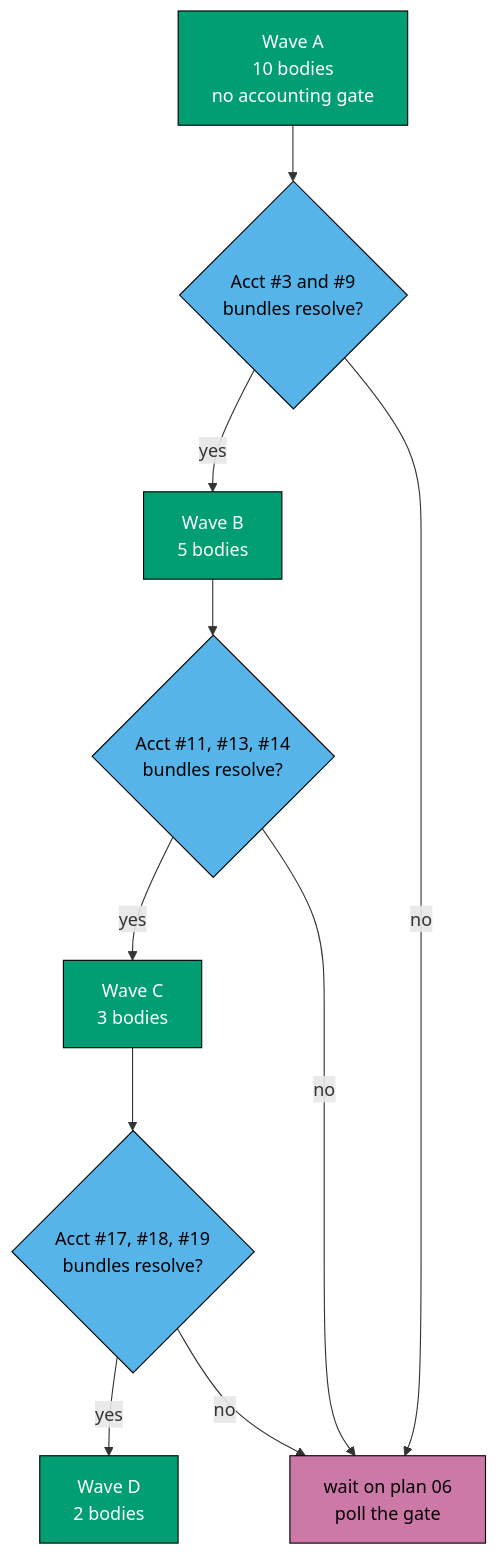
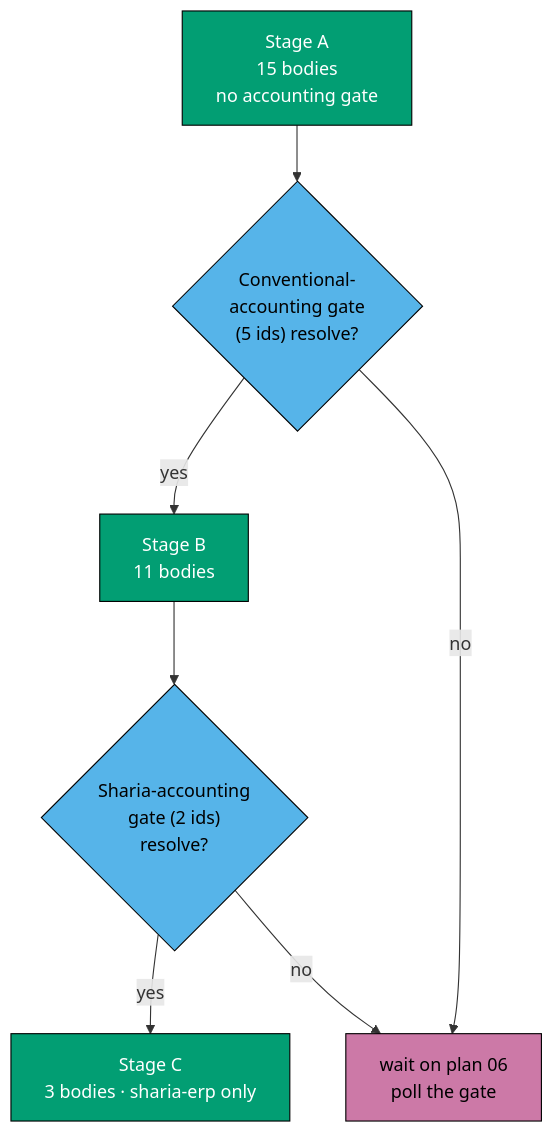
One commit to wahidyankf/baseerah changed the second of 3 diagrams in plans/backlog/ayokoding-learning-path-07-skills-erp/tech-docs.md. Above: the diagram before and after it, drawn with Mermaid. The commit also changed other lines of this file and 36 other files, not shown here.

````diff
--- a/plans/backlog/ayokoding-learning-path-07-skills-erp/tech-docs.md
+++ b/plans/backlog/ayokoding-learning-path-07-skills-erp/tech-docs.md
@@ -182,30 +289,23 @@
 ```mermaid
-%% The wave gate as a decision. Each diamond is a mechanical test -d check against an
-%% accounting course bundle on origin/main; a red edge is the blocked branch.
+%% The stage gate as a decision. Each diamond is a mechanical test -d check against an
+%% accounting course bundle on origin/main; the wait branch polls rather than authors around the gap.
 %% Node SHAPE encodes kind: rectangle = authoring work, diamond = gate check.
-%% Oriented TD rather than the repo-default LR: the gate chain is seven ranks deep,
-%% which is over the LR horizontal budget and reads naturally top-down.
 flowchart TD
-    WA["Wave A<br/>10 bodies<br/>no accounting gate"]:::work
-    G1{"Acct #3 and #9<br/>bundles resolve?"}:::gate
-    WB["Wave B<br/>5 bodies"]:::work
-    G2{"Acct #11, #13, #14<br/>bundles resolve?"}:::gate
-    WC["Wave C<br/>3 bodies"]:::work
-    G3{"Acct #17, #18, #19<br/>bundles resolve?"}:::gate
-    WD["Wave D<br/>2 bodies"]:::work
+    SA["Stage A<br/>15 bodies<br/>no accounting gate"]:::work
+    G1{"Conventional-<br/>accounting gate<br/>(5 ids) resolve?"}:::gate
+    SB["Stage B<br/>11 bodies"]:::work
+    G2{"Sharia-accounting<br/>gate (2 ids)<br/>resolve?"}:::gate
+    SC["Stage C<br/>3 bodies · sharia-erp only"]:::work
     WAIT["wait on plan 06<br/>poll the gate"]:::wait
 
-    WA --> G1
-    G1 -->|yes| WB
+    SA --> G1
+    G1 -->|yes| SB
     G1 -->|no| WAIT
-    WB --> G2
-    G2 -->|yes| WC
+    SB --> G2
+    G2 -->|yes| SC
     G2 -->|no| WAIT
-    WC --> G3
-    G3 -->|yes| WD
-    G3 -->|no| WAIT
 
     classDef work fill:#029E73,stroke:#000000,color:#FFFFFF
     classDef gate fill:#56B4E9,stroke:#000000,color:#000000
     classDef wait fill:#CC79A7,stroke:#000000,color:#000000
 ```
````
